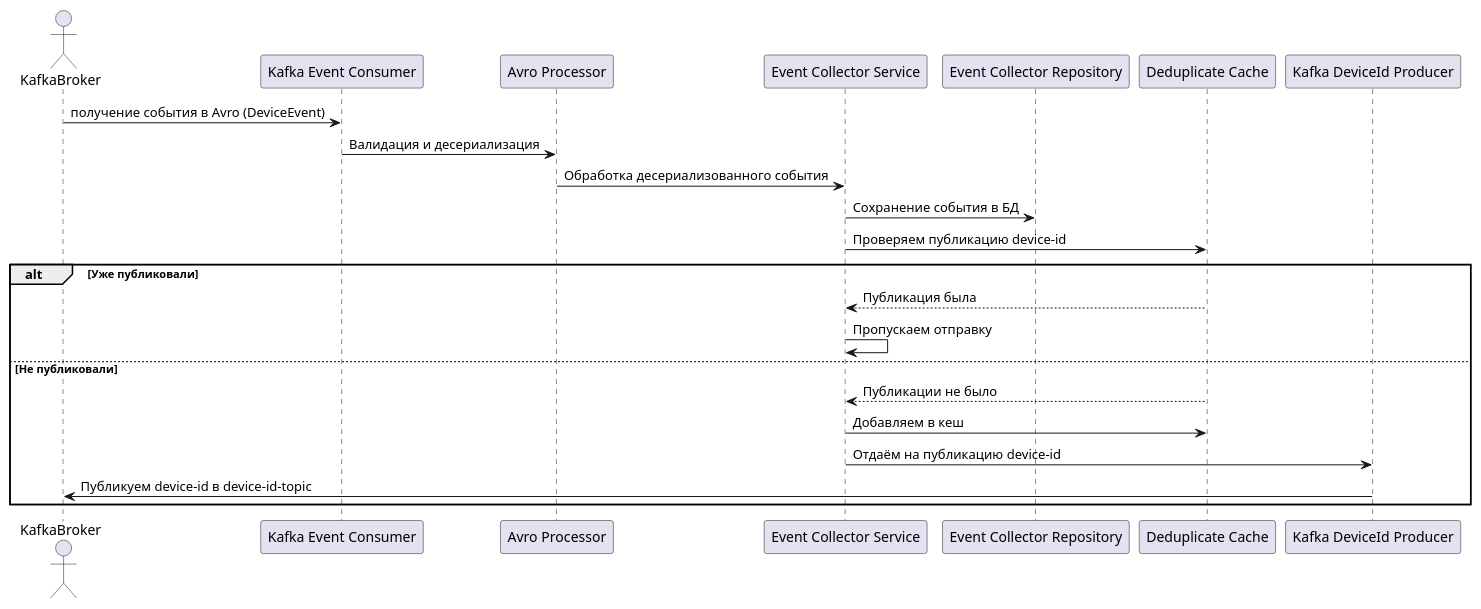
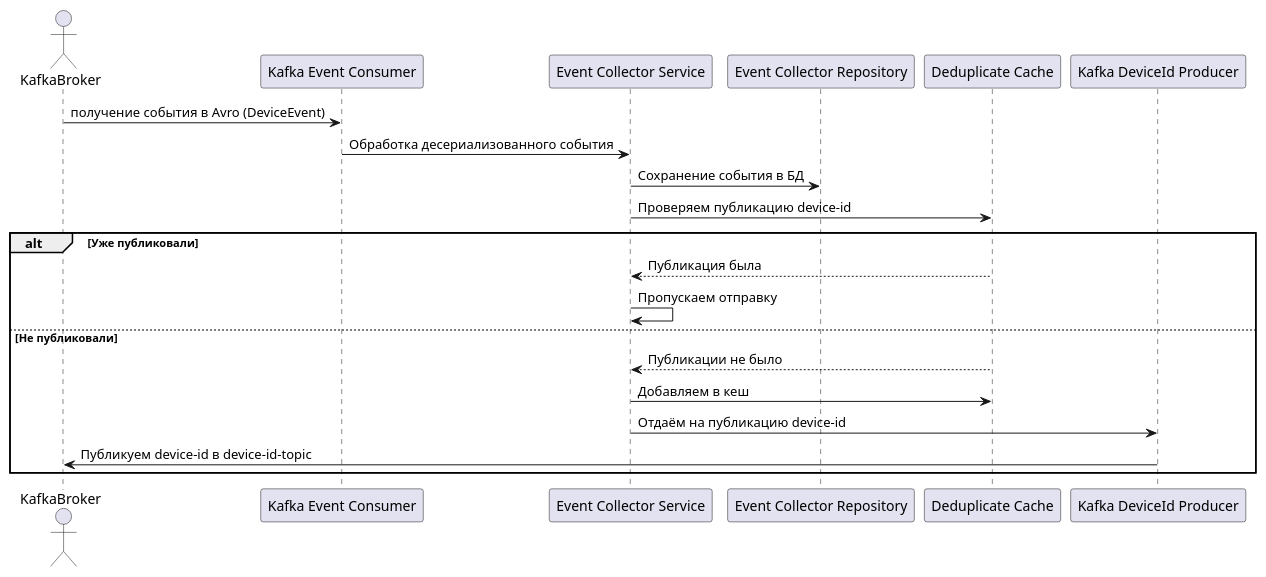
One commit to SinglePlayer56/iot changed the diagram in diagrams/sequence.puml. Above: the diagram before and after it, drawn with PlantUML. The commit also changed 1 other file, not shown here.

Commit message:
Update diagrams: remove Avro Processor.

```diff
--- a/diagrams/sequence.puml
+++ b/diagrams/sequence.puml
@@ -1,25 +1,23 @@
 @startuml
 actor KafkaBroker
 participant "Kafka Event Consumer" as KEC
-participant "Avro Processor" as AP
 participant "Event Collector Service" as ECS
 participant "Event Collector Repository" as ECR
 participant "Deduplicate Cache" as DDC
 participant "Kafka DeviceId Producer" as KDP
 
 KafkaBroker -> KEC : получение события в Avro (DeviceEvent)
-KEC -> AP : Валидация и десериализация
-AP -> ECS : Обработка десериализованного события
+KEC -> ECS : Обработка десериализованного события
 ECS -> ECR : Сохранение события в БД
 ECS -> DDC : Проверяем публикацию device-id
 
 alt Уже публиковали
     DDC --> ECS : Публикация была
     ECS -> ECS: Пропускаем отправку
 else Не публиковали
     DDC --> ECS : Публикации не было
     ECS -> DDC : Добавляем в кеш
     ECS -> KDP : Отдаём на публикацию device-id
     KDP -> KafkaBroker : Публикуем device-id в device-id-topic
 end
 @enduml
```
